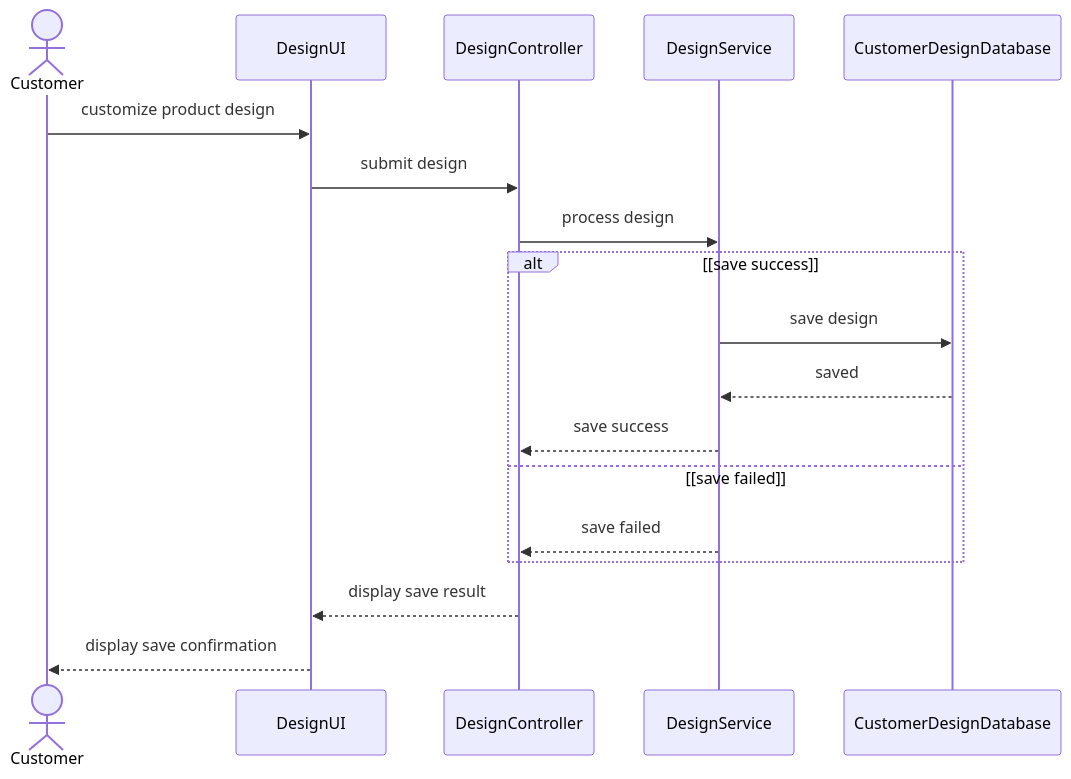
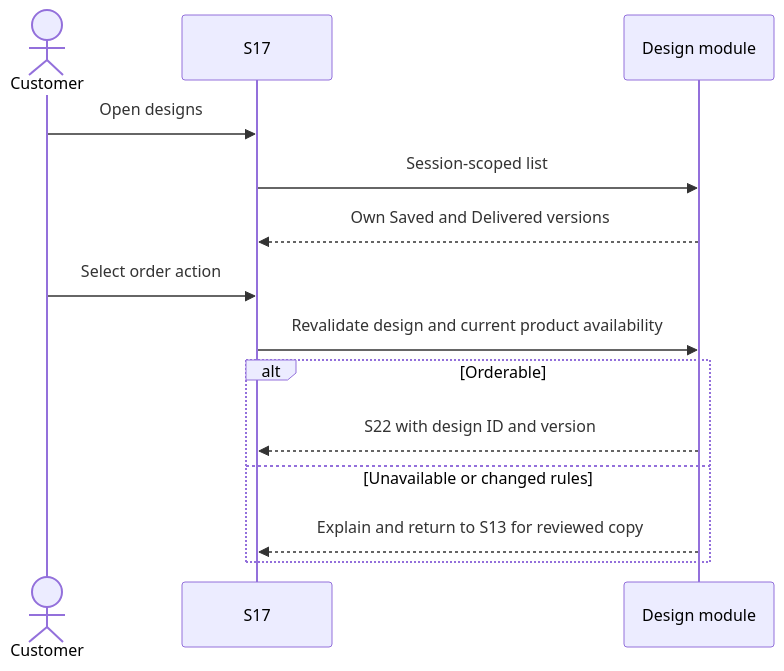
Before and after one commit to ankhanhwork/weavelink-project: the seventh of 10 diagrams in docs/architecture/sequence.md, drawn with Mermaid. The commit also changed other lines of this file and 69 other files, not shown here.

````diff
--- a/docs/architecture/sequence.md
+++ b/docs/architecture/sequence.md
@@ -117,21 +134,16 @@
 ```mermaid
 sequenceDiagram
-    actor Customer
-    participant DesignUI
-    participant DesignController
-    participant DesignService
-    participant CustomerDesignDatabase
-
-    Customer->>DesignUI: customize product design
-    DesignUI->>DesignController: submit design
-    DesignController->>DesignService: process design
-    alt [save success]
-        DesignService->>CustomerDesignDatabase: save design
-        CustomerDesignDatabase-->>DesignService: saved
-        DesignService-->>DesignController: save success
-    else [save failed]
-        DesignService-->>DesignController: save failed
+    actor C as Customer
+    participant UI as S17
+    participant D as Design module
+    C->>UI: Open designs
+    UI->>D: Session-scoped list
+    D-->>UI: Own Saved and Delivered versions
+    C->>UI: Select order action
+    UI->>D: Revalidate design and current product availability
+    alt Orderable
+        D-->>UI: S22 with design ID and version
+    else Unavailable or changed rules
+        D-->>UI: Explain and return to S13 for reviewed copy
     end
-    DesignController-->>DesignUI: display save result
-    DesignUI-->>Customer: display save confirmation
 ```
````
